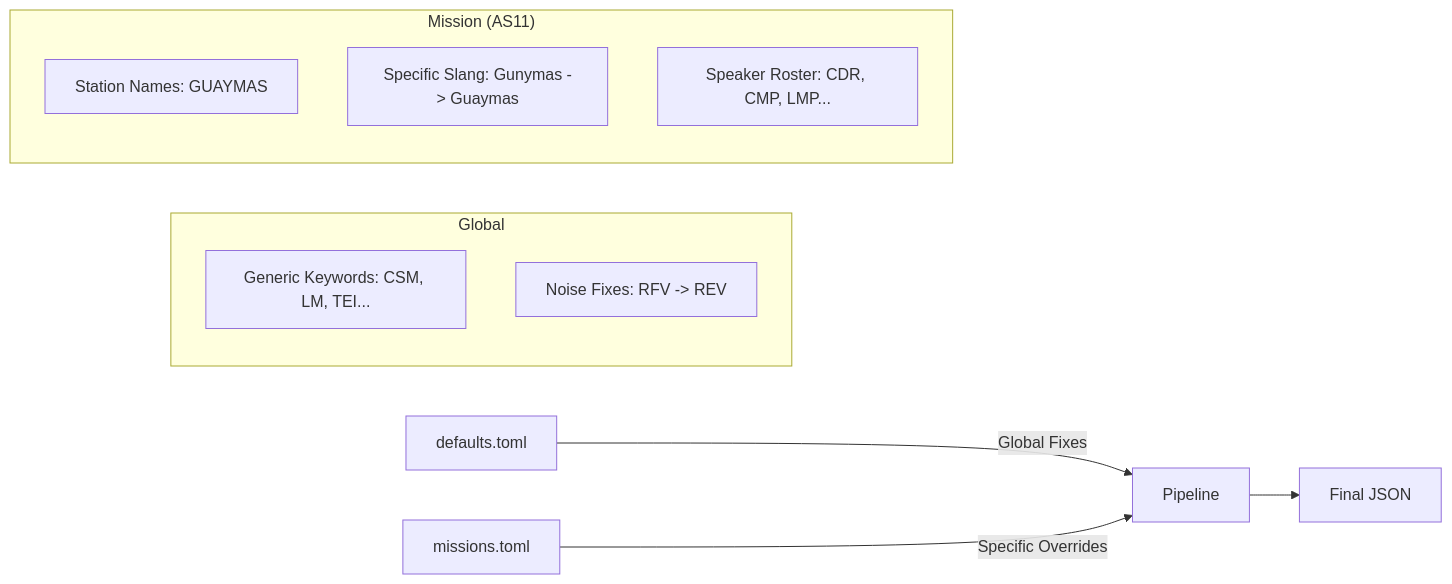
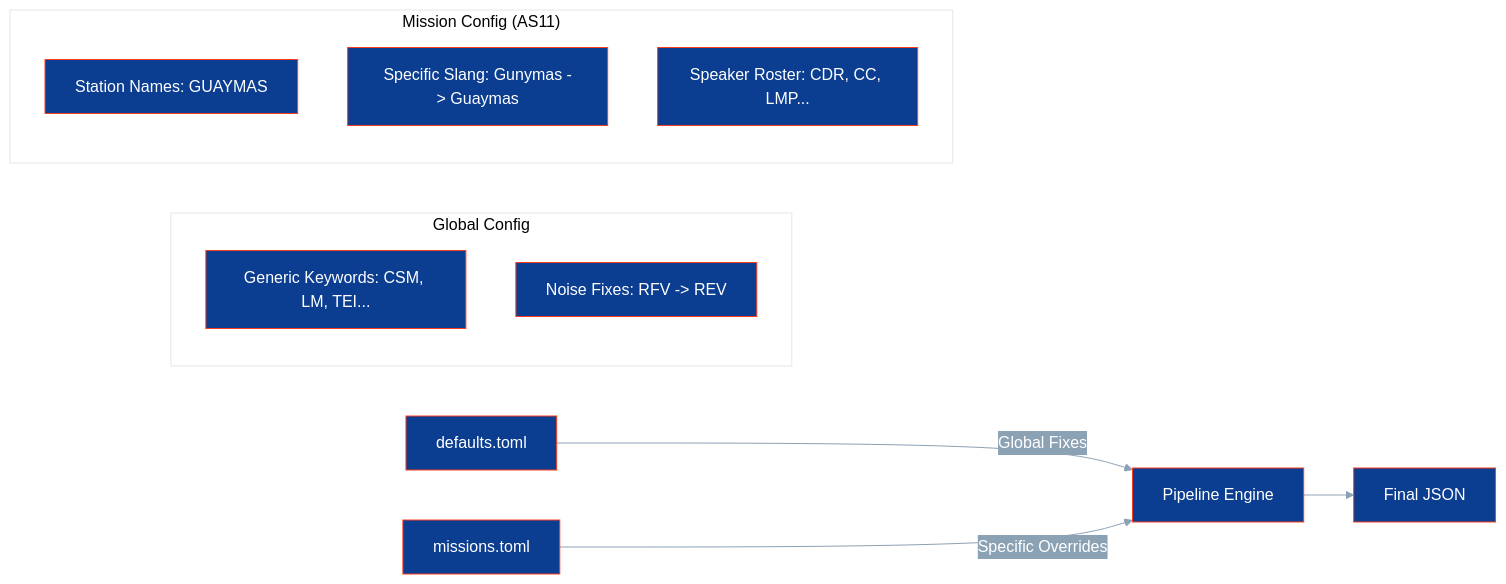
One commit to JeanLouisParent/Nasa-Transcript-Processor changed the second of 2 diagrams in docs/POST_PROCESSING.md. Above: the diagram before and after it, drawn with Mermaid. The commit also changed other lines of this file and 2 other files, not shown here.

Commit message:
docs: add stylized NASA-themed Mermaid diagrams to all documentation

````diff
--- a/docs/POST_PROCESSING.md
+++ b/docs/POST_PROCESSING.md
@@ -78,17 +81,18 @@
 ```mermaid
+%%{init: {'theme': 'base', 'themeVariables': { 'primaryColor': '#0B3D91', 'primaryTextColor': '#fff', 'primaryBorderColor': '#FC3D21', 'lineColor': '#8BA1B4', 'secondaryColor': '#8BA1B4', 'tertiaryColor': '#fff'}}}%%
 graph LR
-    G[defaults.toml] -- Global Fixes --> P[Pipeline]
+    G[defaults.toml] -- Global Fixes --> P[Pipeline Engine]
     M[missions.toml] -- Specific Overrides --> P
     P --> Result[Final JSON]
     
-    subgraph "Global"
+    subgraph "Global Config"
     G1[Generic Keywords: CSM, LM, TEI...]
     G2[Noise Fixes: RFV -> REV]
     end
     
-    subgraph "Mission (AS11)"
+    subgraph "Mission Config (AS11)"
     M1[Station Names: GUAYMAS]
     M2[Specific Slang: Gunymas -> Guaymas]
-    M3[Speaker Roster: CDR, CMP, LMP...]
+    M3[Speaker Roster: CDR, CC, LMP...]
     end
 ```
````
